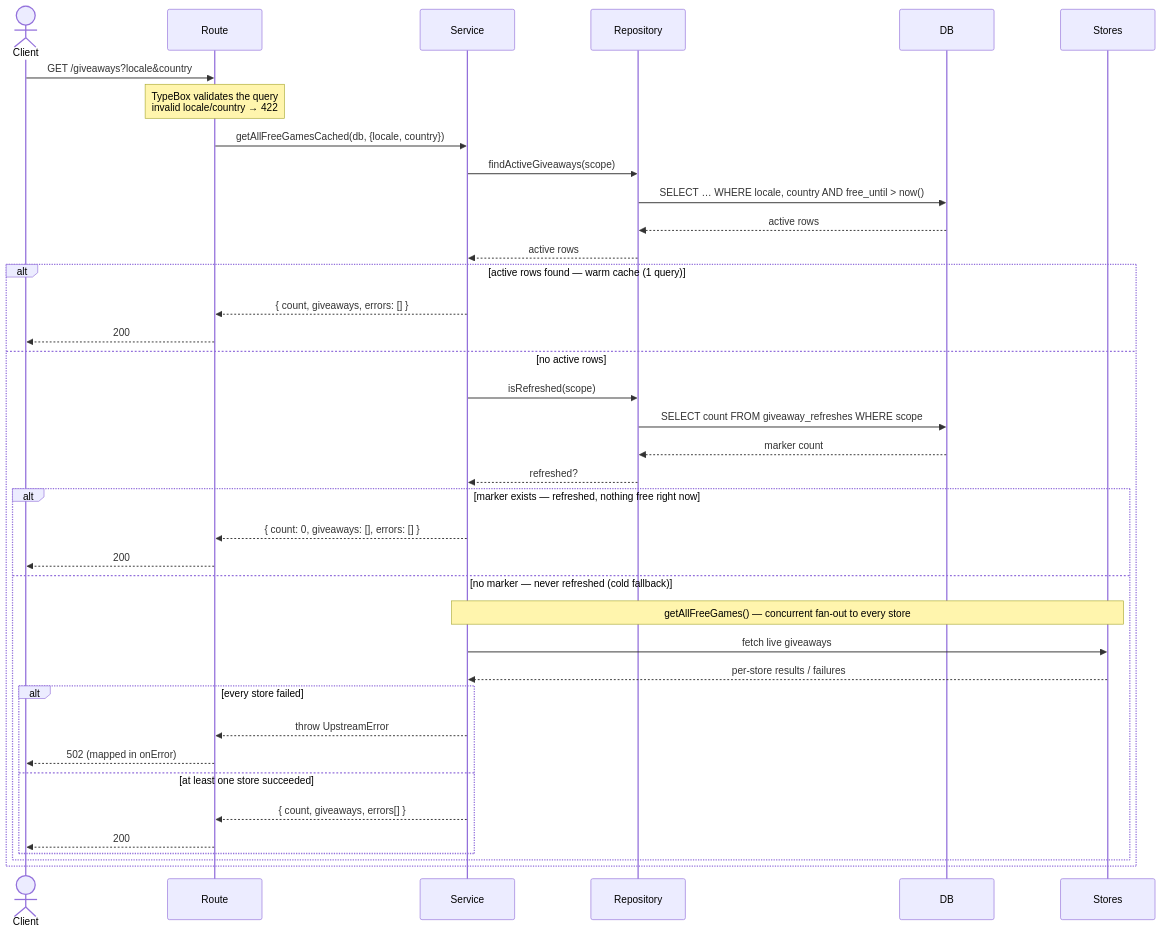
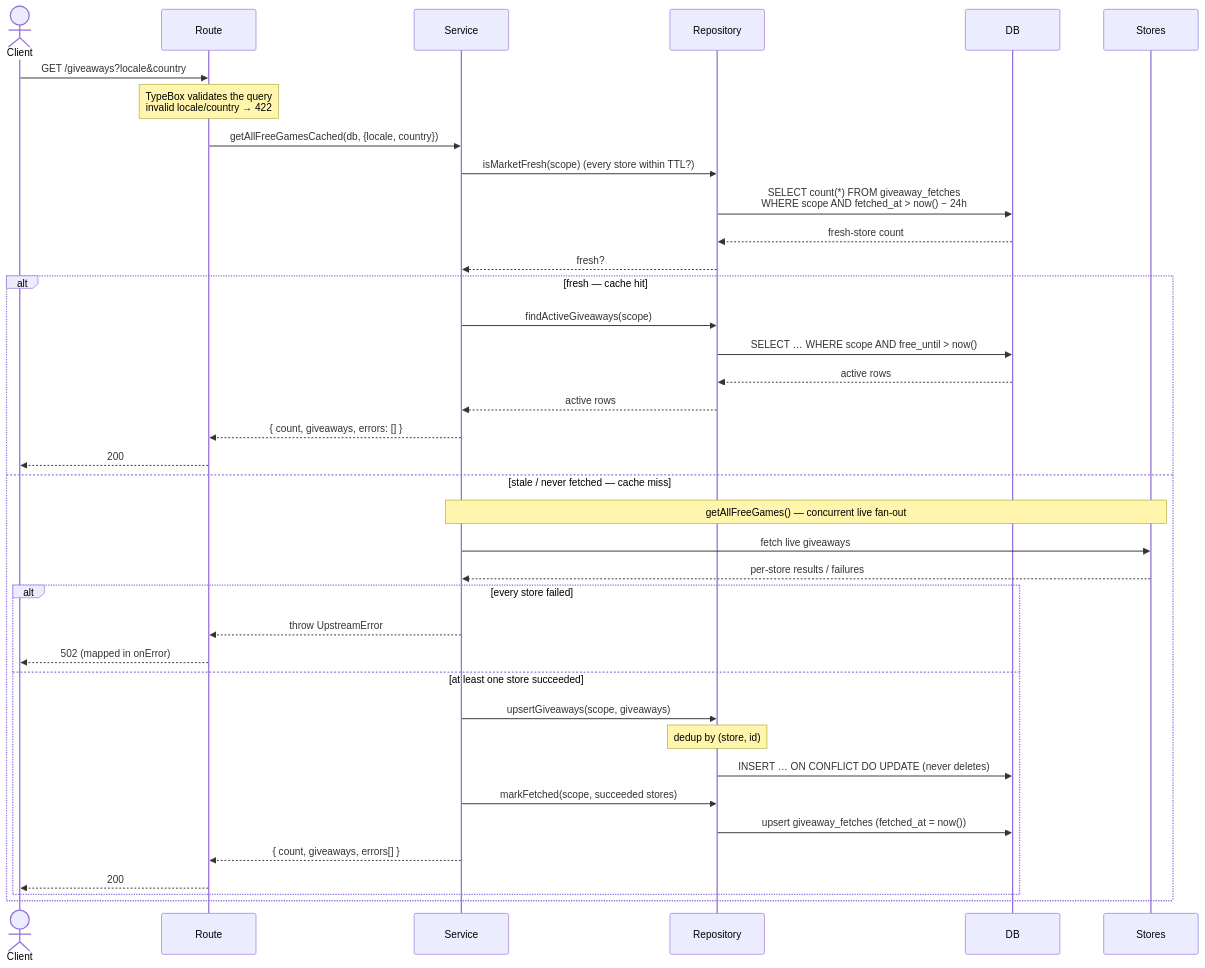
Before and after one commit to anthonypillot/claim: the diagram in docs/giveaways-flow.md, drawn with Mermaid. The commit also changed other lines of this file and 20 other files, not shown here.

````diff
--- a/docs/giveaways-flow.md
+++ b/docs/giveaways-flow.md
@@ -22,44 +23,43 @@
 ```mermaid
 sequenceDiagram
     actor Client
     participant Route
     participant Service
     participant Repository
     participant DB
     participant Stores
 
     Client->>Route: GET /giveaways?locale&country
     Note over Route: TypeBox validates the query<br/>invalid locale/country → 422
     Route->>Service: getAllFreeGamesCached(db, {locale, country})
 
-    Service->>Repository: findActiveGiveaways(scope)
-    Repository->>DB: SELECT … WHERE locale, country AND free_until > now()
-    DB-->>Repository: active rows
-    Repository-->>Service: active rows
+    Service->>Repository: isMarketFresh(scope)  (every store within TTL?)
+    Repository->>DB: SELECT count(*) FROM giveaway_fetches<br/>WHERE scope AND fetched_at > now() − 24h
+    DB-->>Repository: fresh-store count
+    Repository-->>Service: fresh?
 
-    alt active rows found — warm cache (1 query)
+    alt fresh — cache hit
+        Service->>Repository: findActiveGiveaways(scope)
+        Repository->>DB: SELECT … WHERE scope AND free_until > now()
+        DB-->>Repository: active rows
+        Repository-->>Service: active rows
         Service-->>Route: { count, giveaways, errors: [] }
         Route-->>Client: 200
-    else no active rows
-        Service->>Repository: isRefreshed(scope)
-        Repository->>DB: SELECT count FROM giveaway_refreshes WHERE scope
-        DB-->>Repository: marker count
-        Repository-->>Service: refreshed?
-
-        alt marker exists — refreshed, nothing free right now
-            Service-->>Route: { count: 0, giveaways: [], errors: [] }
+    else stale / never fetched — cache miss
+        Note over Service,Stores: getAllFreeGames() — concurrent live fan-out
+        Service->>Stores: fetch live giveaways
+        Stores-->>Service: per-store results / failures
+        alt every store failed
+            Service-->>Route: throw UpstreamError
+            Route-->>Client: 502 (mapped in onError)
+        else at least one store succeeded
+            Service->>Repository: upsertGiveaways(scope, giveaways)
+            Note over Repository: dedup by (store, id)
+            Repository->>DB: INSERT … ON CONFLICT DO UPDATE (never deletes)
+            Service->>Repository: markFetched(scope, succeeded stores)
+            Repository->>DB: upsert giveaway_fetches (fetched_at = now())
+            Service-->>Route: { count, giveaways, errors[] }
             Route-->>Client: 200
-        else no marker — never refreshed (cold fallback)
-            Note over Service,Stores: getAllFreeGames() — concurrent fan-out to every store
-            Service->>Stores: fetch live giveaways
-            Stores-->>Service: per-store results / failures
-            alt every store failed
-                Service-->>Route: throw UpstreamError
-                Route-->>Client: 502 (mapped in onError)
-            else at least one store succeeded
-                Service-->>Route: { count, giveaways, errors[] }
-                Route-->>Client: 200
-            end
         end
     end
 ```
````
